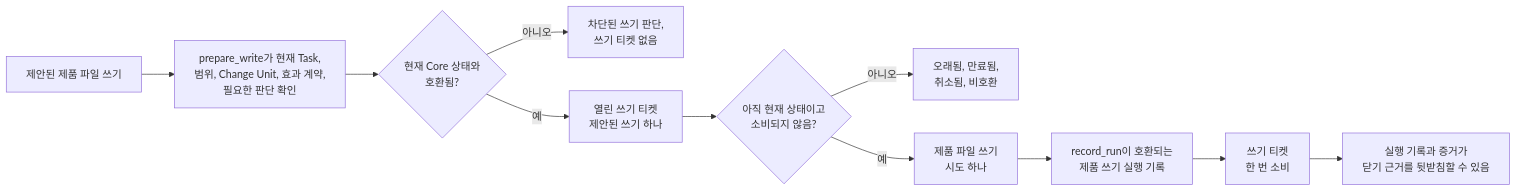
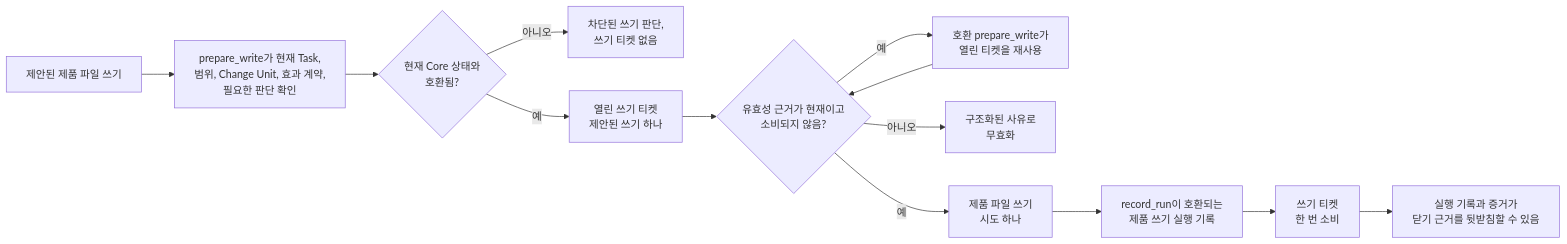
The second of 2 diagrams in docs/ko/reference/core-model.md (minjungw00/Volicord), drawn with Mermaid before and after one commit. The commit also changed other lines of this file and 91 other files, not shown here.

````diff
--- a/docs/ko/reference/core-model.md
+++ b/docs/ko/reference/core-model.md
@@ -516,20 +561,22 @@
 ```mermaid
 flowchart LR
   proposed["제안된 제품 파일 쓰기"]
   prepare["prepare_write가 현재 Task,<br/>범위, Change Unit, 효과 계약,<br/>필요한 판단 확인"]
   compatible{"현재 Core 상태와<br/>호환됨?"}
   blocked["차단된 쓰기 판단,<br/>쓰기 티켓 없음"]
   open["열린 쓰기 티켓<br/>제안된 쓰기 하나"]
-  still{"아직 현재 상태이고<br/>소비되지 않음?"}
-  invalid["오래됨, 만료됨,<br/>취소됨, 비호환"]
+  still{"유효성 근거가 현재이고<br/>소비되지 않음?"}
+  reused["호환 prepare_write가<br/>열린 티켓을 재사용"]
+  invalid["구조화된 사유로<br/>무효화"]
   attempt["제품 파일 쓰기<br/>시도 하나"]
   run["record_run이 호환되는<br/>제품 쓰기 실행 기록"]
   consumed["쓰기 티켓<br/>한 번 소비"]
   evidence["실행 기록과 증거가<br/>닫기 근거를 뒷받침할 수 있음"]
 
   proposed --> prepare --> compatible
   compatible -- 아니오 --> blocked
   compatible -- 예 --> open --> still
   still -- 아니오 --> invalid
+  still -- 예 --> reused --> still
   still -- 예 --> attempt --> run --> consumed --> evidence
 ```
````
